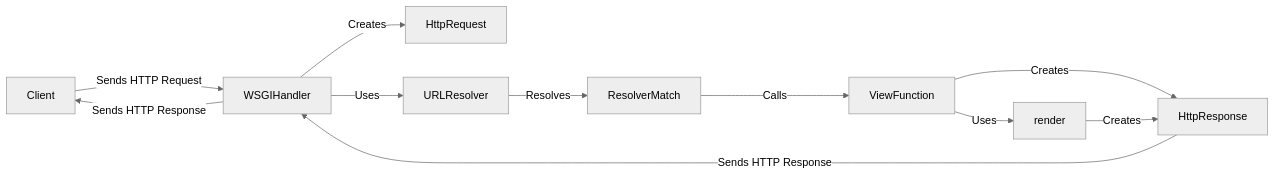
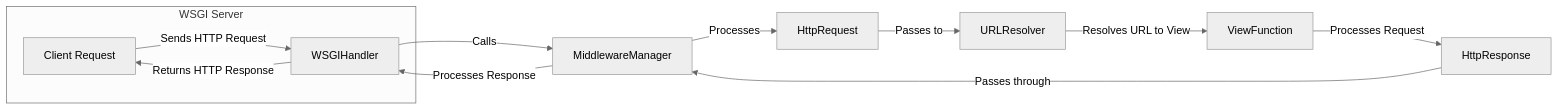
One commit to CodeBoarding/GeneratedOnBoardings changed the diagram in django/Request Handling.md. Above: the diagram before and after it, drawn with Mermaid (neutral theme). The commit also changed other lines of this file and 6 other files, not shown here.

````diff
--- a/django/Request Handling.md
+++ b/django/Request Handling.md
@@ -7,18 +5,16 @@
 ```mermaid
 graph LR
-    Client[Client] -- Sends HTTP Request --> WSGIHandler
-    WSGIHandler -- Creates --> HttpRequest
-    WSGIHandler -- Uses --> URLResolver
-    URLResolver -- Resolves --> ResolverMatch
-    ResolverMatch -- Calls --> ViewFunction
-    ViewFunction -- Creates --> HttpResponse
-    ViewFunction -- Uses --> render
-    render -- Creates --> HttpResponse
-    HttpResponse -- Sends HTTP Response --> WSGIHandler
-    WSGIHandler -- Sends HTTP Response --> Client
-
-
-
+    subgraph "WSGI Server"
+        WSGIClient[Client Request] -- Sends HTTP Request --> WSGIHandler
+    end
+    WSGIHandler -- Calls --> MiddlewareManager
+    MiddlewareManager -- Processes --> HttpRequest
+    HttpRequest -- Passes to --> URLResolver
+    URLResolver -- Resolves URL to View --> ViewFunction
+    ViewFunction -- Processes Request --> HttpResponse
+    HttpResponse -- Passes through --> MiddlewareManager
+    MiddlewareManager -- Processes Response --> WSGIHandler
+    WSGIHandler -- Returns HTTP Response --> WSGIClient
 
 
 ```
````
